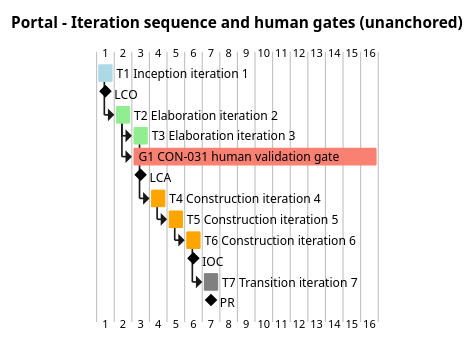
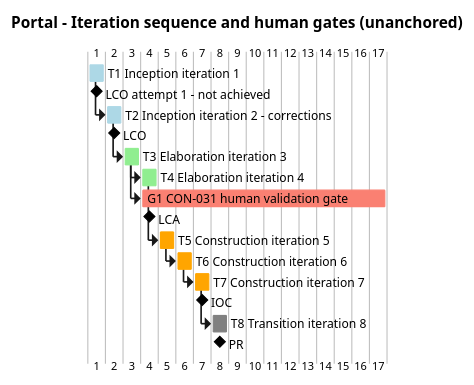
Before and after one commit to banense-test/portal: the first of 7 diagrams in docs/artifacts/project-management/iteration-plan.md, drawn with PlantUML. The commit also changed other lines of this file, not shown here.

First line of the commit message:
Project Manager [I1]: upsert Iteration Plan

````diff
--- a/docs/artifacts/project-management/iteration-plan.md
+++ b/docs/artifacts/project-management/iteration-plan.md
@@ -62,44 +53,50 @@
 ```plantuml
 @startgantt
 title Portal - Iteration sequence and human gates (unanchored)
 
 [T1 Inception iteration 1] lasts 1 day
 [T1 Inception iteration 1] is colored in LightBlue
 
-[LCO] happens at [T1 Inception iteration 1]'s end
+[LCO attempt 1 - not achieved] happens at [T1 Inception iteration 1]'s end
 
-[T2 Elaboration iteration 2] lasts 1 day
-[T2 Elaboration iteration 2] starts at [T1 Inception iteration 1]'s end
-[T2 Elaboration iteration 2] is colored in LightGreen
+[T2 Inception iteration 2 - corrections] lasts 1 day
+[T2 Inception iteration 2 - corrections] starts at [T1 Inception iteration 1]'s end
+[T2 Inception iteration 2 - corrections] is colored in LightBlue
+
+[LCO] happens at [T2 Inception iteration 2 - corrections]'s end
 
 [T3 Elaboration iteration 3] lasts 1 day
-[T3 Elaboration iteration 3] starts at [T2 Elaboration iteration 2]'s end
+[T3 Elaboration iteration 3] starts at [T2 Inception iteration 2 - corrections]'s end
 [T3 Elaboration iteration 3] is colored in LightGreen
 
+[T4 Elaboration iteration 4] lasts 1 day
+[T4 Elaboration iteration 4] starts at [T3 Elaboration iteration 3]'s end
+[T4 Elaboration iteration 4] is colored in LightGreen
+
 [G1 CON-031 human validation gate] lasts 14 days
-[G1 CON-031 human validation gate] starts at [T2 Elaboration iteration 2]'s end
+[G1 CON-031 human validation gate] starts at [T3 Elaboration iteration 3]'s end
 [G1 CON-031 human validation gate] is colored in Salmon
 
-[LCA] happens at [T3 Elaboration iteration 3]'s end
-
-[T4 Construction iteration 4] lasts 1 day
-[T4 Construction iteration 4] starts at [T3 Elaboration iteration 3]'s end
-[T4 Construction iteration 4] is colored in Orange
+[LCA] happens at [T4 Elaboration iteration 4]'s end
 
 [T5 Construction iteration 5] lasts 1 day
-[T5 Construction iteration 5] starts at [T4 Construction iteration 4]'s end
+[T5 Construction iteration 5] starts at [T4 Elaboration iteration 4]'s end
 [T5 Construction iteration 5] is colored in Orange
 
 [T6 Construction iteration 6] lasts 1 day
 [T6 Construction iteration 6] starts at [T5 Construction iteration 5]'s end
 [T6 Construction iteration 6] is colored in Orange
 
-[IOC] happens at [T6 Construction iteration 6]'s end
+[T7 Construction iteration 7] lasts 1 day
+[T7 Construction iteration 7] starts at [T6 Construction iteration 6]'s end
+[T7 Construction iteration 7] is colored in Orange
 
-[T7 Transition iteration 7] lasts 1 day
-[T7 Transition iteration 7] starts at [T6 Construction iteration 6]'s end
-[T7 Transition iteration 7] is colored in Grey
+[IOC] happens at [T7 Construction iteration 7]'s end
 
-[PR] happens at [T7 Transition iteration 7]'s end
+[T8 Transition iteration 8] lasts 1 day
+[T8 Transition iteration 8] starts at [T7 Construction iteration 7]'s end
+[T8 Transition iteration 8] is colored in Grey
+
+[PR] happens at [T8 Transition iteration 8]'s end
 @endgantt
 ```
````
